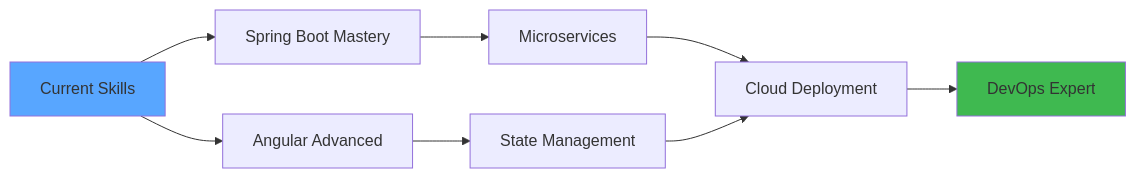
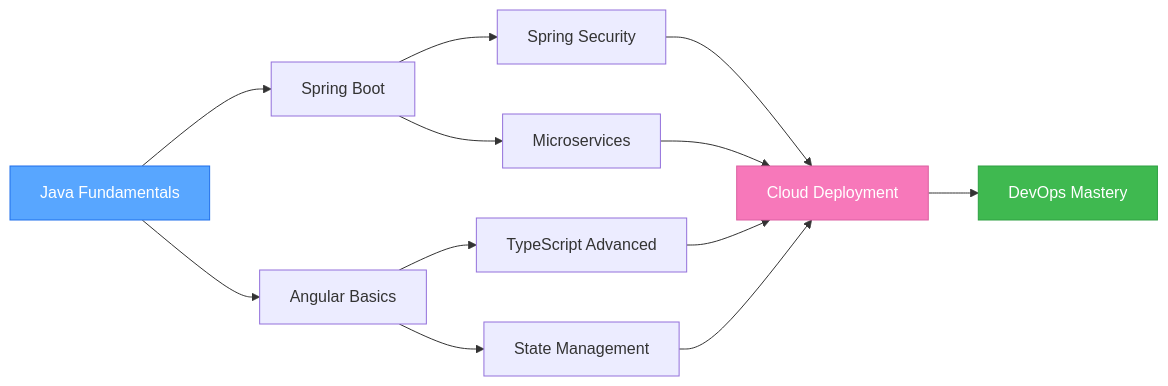
Before and after one commit to wassel-aguech/wassel-aguech: the diagram in README.md, drawn with Mermaid. The commit also changed other lines of this file, not shown here.

````diff
--- a/README.md
+++ b/README.md
@@ -203,12 +195,18 @@
 ```mermaid
 graph LR
-    A[Current Skills] --> B[Spring Boot Mastery]
-    A --> C[Angular Advanced]
-    B --> D[Microservices]
-    C --> E[State Management]
-    D --> F[Cloud Deployment]
-    E --> F
-    F --> G[DevOps Expert]
-    style A fill:#58A6FF
-    style G fill:#3FB950
+    A[Java Fundamentals] --> B[Spring Boot]
+    A --> C[Angular Basics]
+    B --> D[Spring Security]
+    B --> E[Microservices]
+    C --> F[TypeScript Advanced]
+    C --> G[State Management]
+    D --> H[Cloud Deployment]
+    E --> H
+    F --> H
+    G --> H
+    H --> I[DevOps Mastery]
+    
+    style A fill:#58A6FF,stroke:#1F6FEB,color:#fff
+    style I fill:#3FB950,stroke:#2EA043,color:#fff
+    style H fill:#F778BA,stroke:#DB61A2,color:#fff
 ```
````
